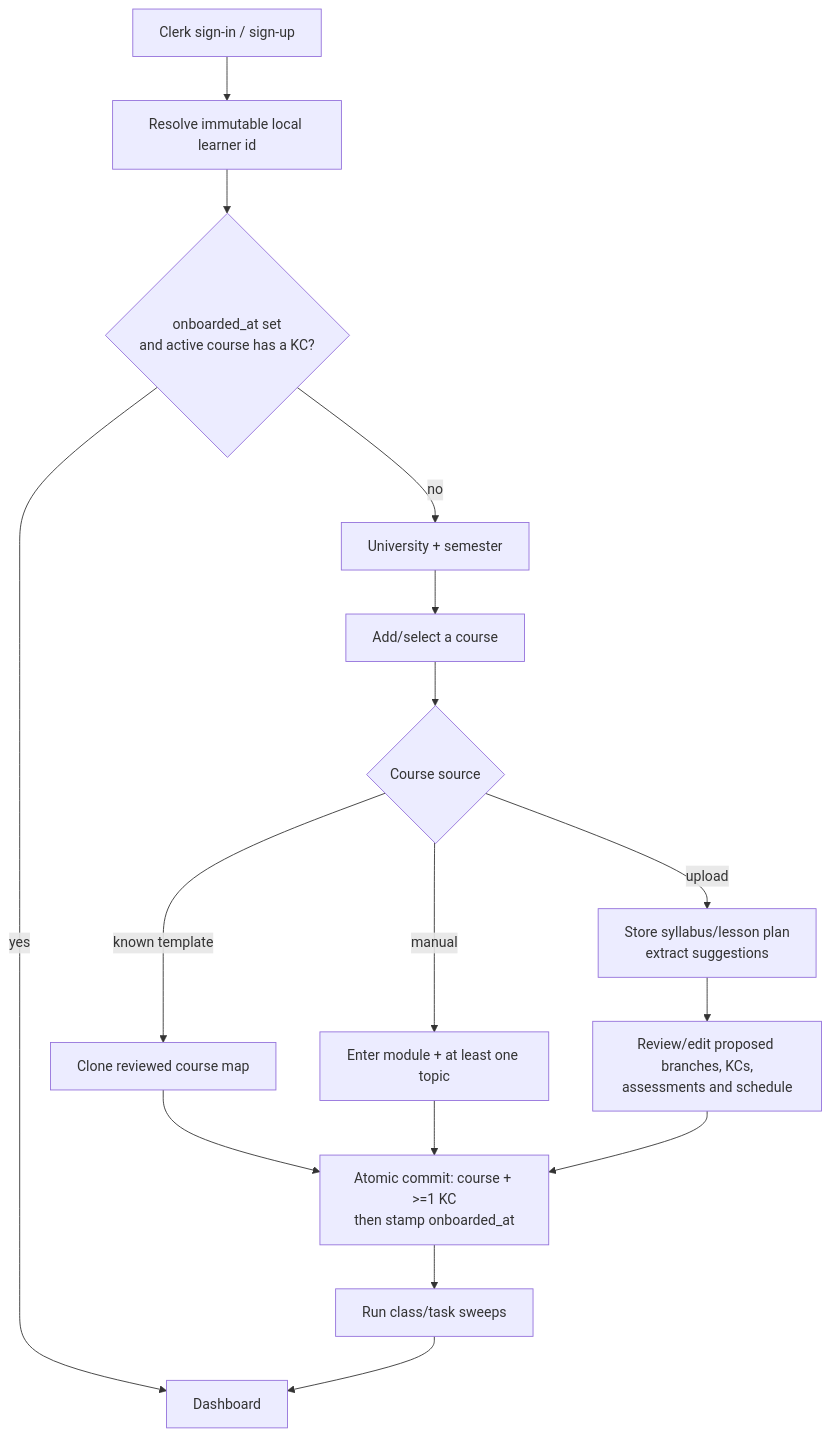
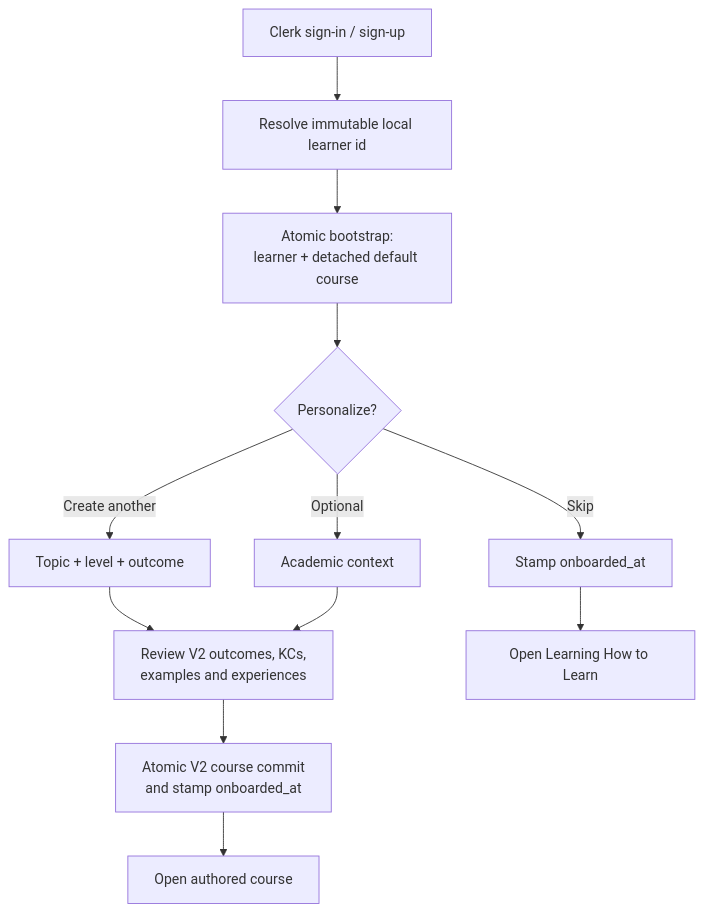
Before and after one commit to sdawka/studyus: the second of 10 diagrams in docs/product/student-lifecycle.md, drawn with Mermaid. The commit also changed other lines of this file and 18 other files, not shown here.

````diff
--- a/docs/product/student-lifecycle.md
+++ b/docs/product/student-lifecycle.md
@@ -30,18 +35,14 @@
 ```mermaid
 flowchart TD
     A["Clerk sign-in / sign-up"] --> B["Resolve immutable local learner id"]
-    B --> C{"onboarded_at set<br/>and active course has a KC?"}
-    C -->|"yes"| H["Dashboard"]
-    C -->|"no"| D["University + semester"]
-    D --> E["Add/select a course"]
-    E --> F{"Course source"}
-    F -->|"known template"| G["Clone reviewed course map"]
-    F -->|"upload"| I["Store syllabus/lesson plan<br/>extract suggestions"]
-    F -->|"manual"| J["Enter module + at least one topic"]
-    I --> K["Review/edit proposed branches, KCs,<br/>assessments and schedule"]
-    G --> L["Atomic commit: course + >=1 KC<br/>then stamp onboarded_at"]
-    J --> L
-    K --> L
-    L --> M["Run class/task sweeps"]
-    M --> H
+    B --> C["Atomic bootstrap:<br/>learner + detached default course"]
+    C --> D{"Personalize?"}
+    D -->|"Skip"| E["Stamp onboarded_at"]
+    D -->|"Create another"| F["Topic + level + outcome"]
+    F --> G["Review V2 outcomes, KCs,<br/>examples and experiences"]
+    G --> H["Atomic V2 course commit<br/>and stamp onboarded_at"]
+    D -->|"Optional"| I["Academic context"]
+    I --> G
+    E --> J["Open Learning How to Learn"]
+    H --> K["Open authored course"]
 ```
````
